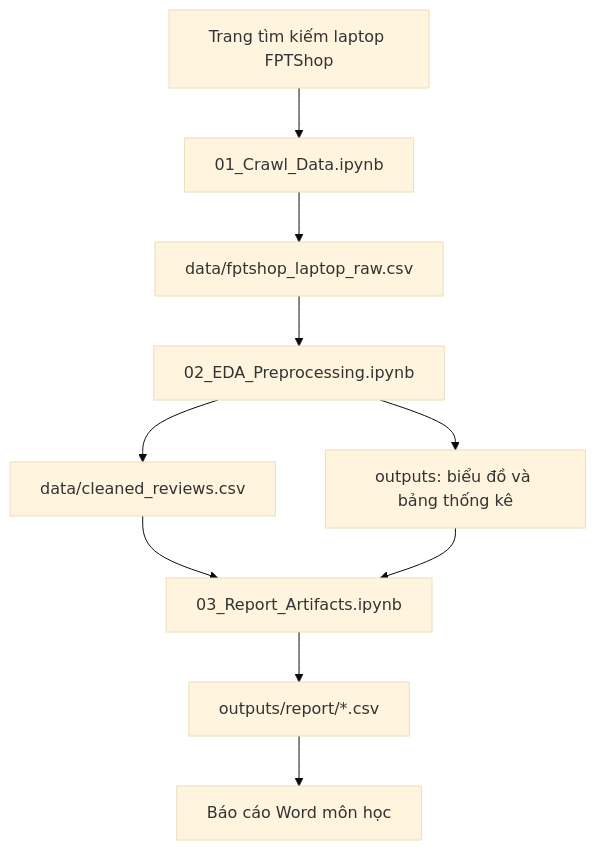
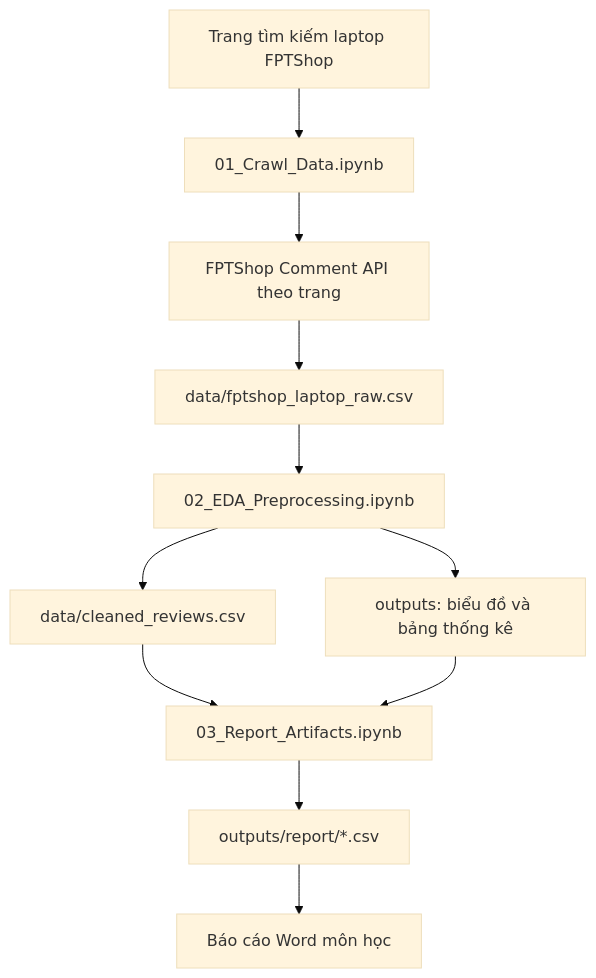
One commit to CodeingOver/KTLTTrongPTDL changed the first of 3 diagrams in docs/architecture.md. Above: the diagram before and after it, drawn with Mermaid (base theme). The commit also changed other lines of this file and 5 other files, not shown here.

First line of the commit message:
feat: Cập nhật `01_Crawl_Data.ipynb` để gọi API comment của FPTShop

````diff
--- a/docs/architecture.md
+++ b/docs/architecture.md
@@ -72,12 +75,13 @@
 ```mermaid
 graph TD
     A[Trang tìm kiếm laptop FPTShop] --> B[01_Crawl_Data.ipynb]
-    B --> C[data/fptshop_laptop_raw.csv]
-    C --> D[02_EDA_Preprocessing.ipynb]
-    D --> E[data/cleaned_reviews.csv]
-    D --> F[outputs: biểu đồ và bảng thống kê]
-    E --> G[03_Report_Artifacts.ipynb]
-    F --> G
-    G --> H[outputs/report/*.csv]
-    H --> I[Báo cáo Word môn học]
+    B --> C[FPTShop Comment API theo trang]
+    C --> D[data/fptshop_laptop_raw.csv]
+    D --> E[02_EDA_Preprocessing.ipynb]
+    E --> F[data/cleaned_reviews.csv]
+    E --> G[outputs: biểu đồ và bảng thống kê]
+    F --> H[03_Report_Artifacts.ipynb]
+    G --> H
+    H --> I[outputs/report/*.csv]
+    I --> J[Báo cáo Word môn học]
 ```
````
